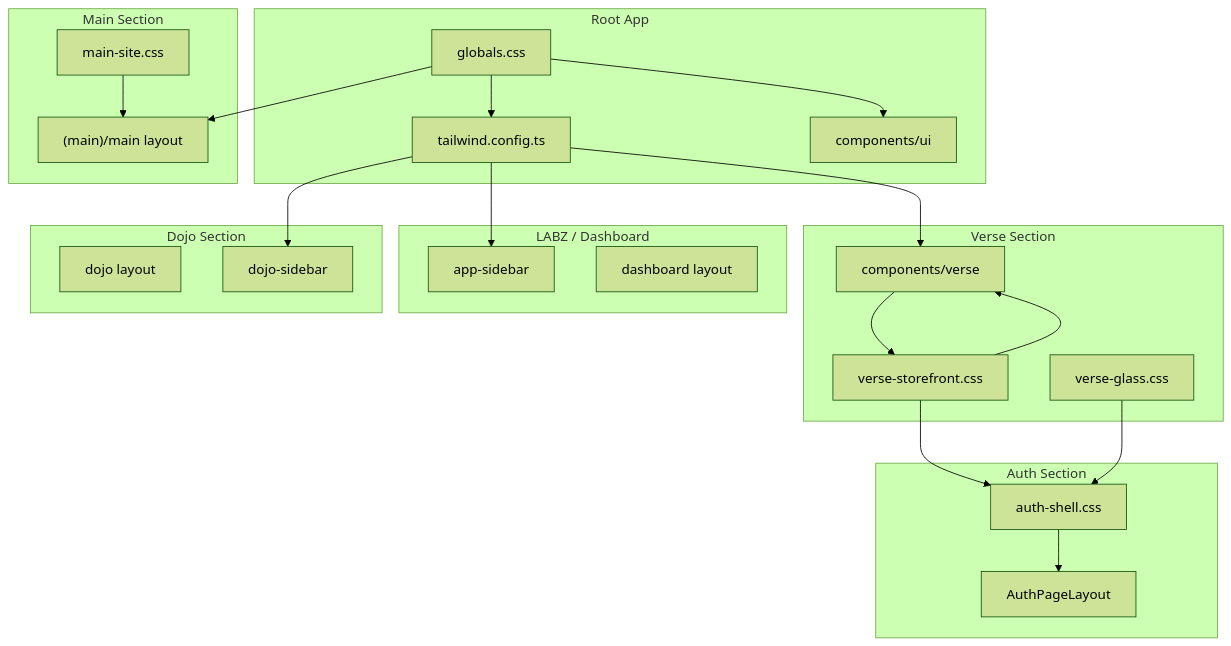
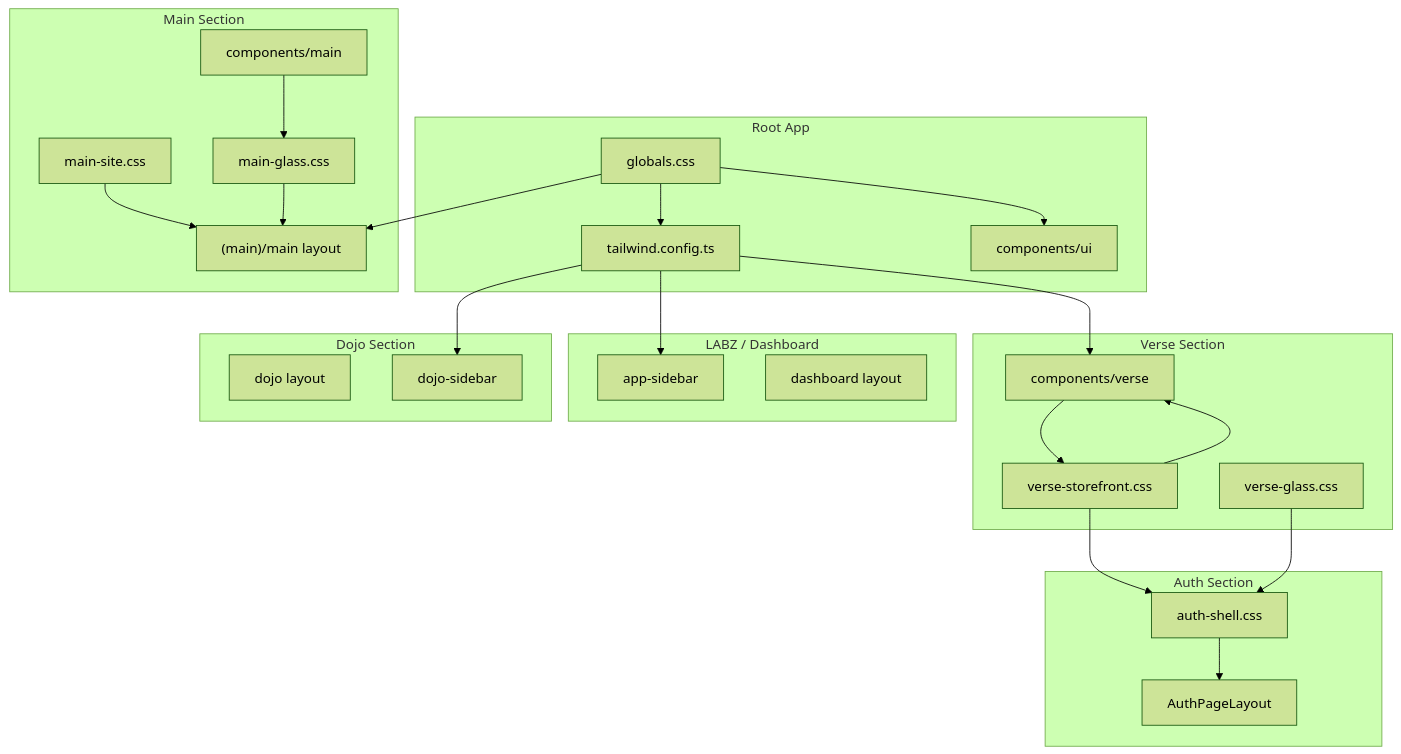
Before and after one commit to MOODMNKY-LLC/mood-mnky-command: the diagram in docs/DESIGN-SYSTEM.md, drawn with Mermaid (forest theme). The commit also changed other lines of this file and 64 other files, not shown here.

````diff
--- a/docs/DESIGN-SYSTEM.md
+++ b/docs/DESIGN-SYSTEM.md
@@ -7,41 +7,45 @@
 ```mermaid
 flowchart TB
     subgraph Root [Root App]
         globals[globals.css]
         tailwind[tailwind.config.ts]
         shadcn[components/ui]
     end
     subgraph Verse [Verse Section]
         verseCss[verse-storefront.css]
         verseGlass[verse-glass.css]
         verseComps[components/verse]
     end
     subgraph Auth [Auth Section]
         authShell[auth-shell.css]
         authLayout[AuthPageLayout]
     end
     subgraph Labz [LABZ / Dashboard]
         appSidebar[app-sidebar]
         dashboardLayout[dashboard layout]
     end
     subgraph Dojo [Dojo Section]
         dojoLayout[dojo layout]
         dojoSidebar[dojo-sidebar]
     end
     subgraph Main [Main Section]
         mainCss[main-site.css]
+        mainGlass[main-glass.css]
+        mainComps[components/main]
         mainLayout["(main)/main layout"]
     end
     globals --> tailwind
     globals --> mainLayout
     mainCss --> mainLayout
+    mainGlass --> mainLayout
+    mainComps --> mainGlass
     globals --> shadcn
     verseCss --> verseComps
     verseCss --> authShell
     verseGlass --> authShell
     verseComps --> verseCss
     tailwind --> verseComps
     tailwind --> appSidebar
     tailwind --> dojoSidebar
     authShell --> authLayout
 ```
````
